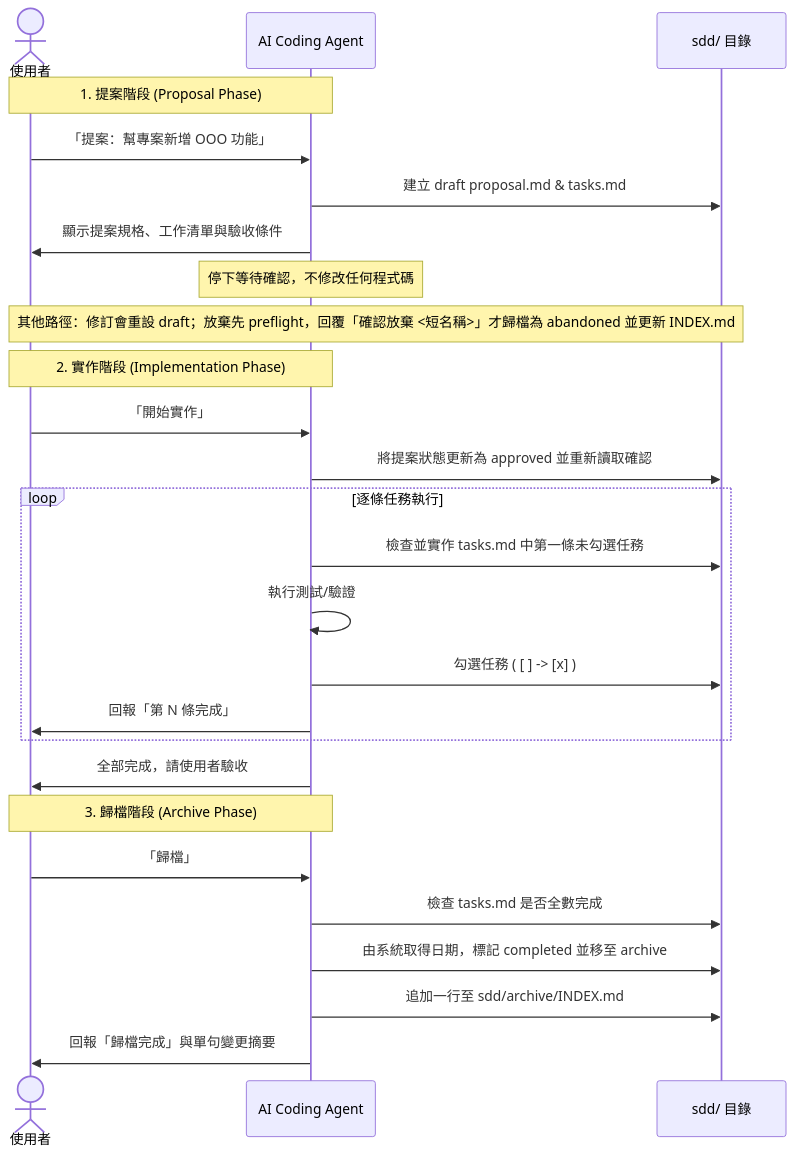
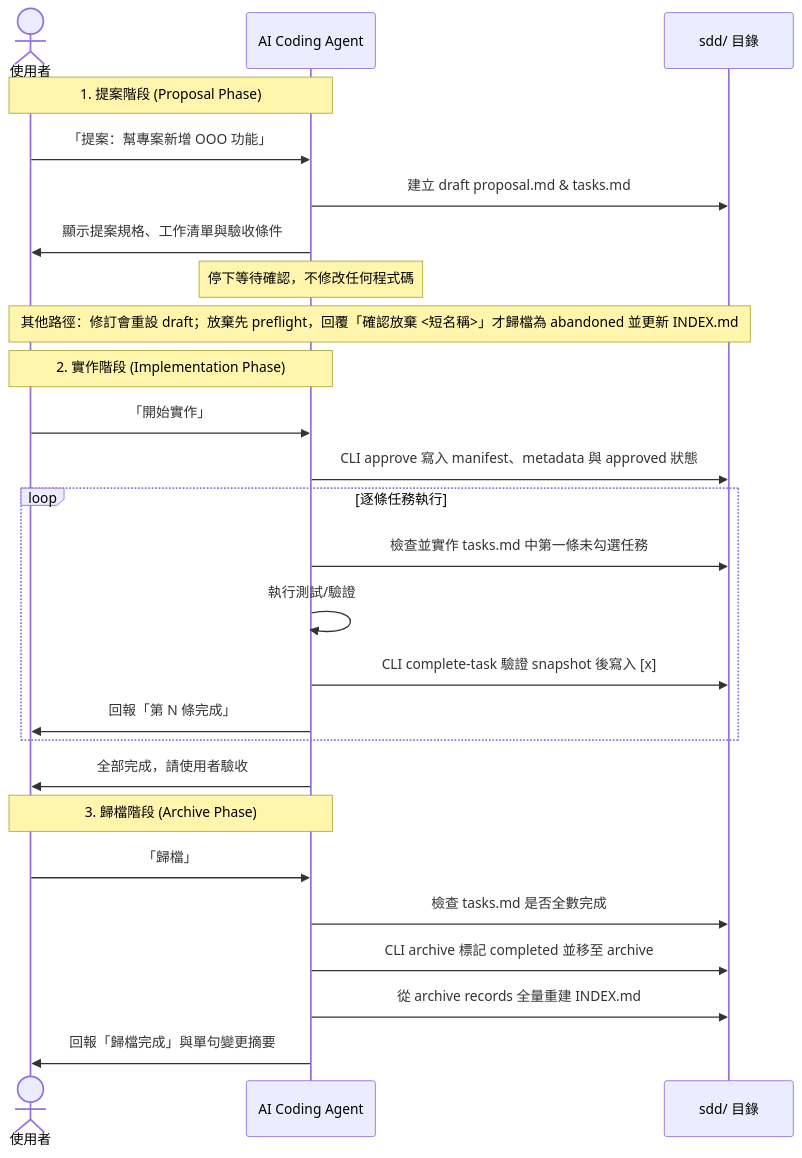
The diagram in README.md (kurotanshi/sdd-workflow), drawn with Mermaid before and after one commit. The commit also changed other lines of this file and 128 other files, not shown here.

````diff
--- a/README.md
+++ b/README.md
@@ -22,31 +34,31 @@
 ```mermaid
 sequenceDiagram
     actor User as 使用者
     participant Agent as AI Coding Agent
     participant Files as sdd/ 目錄
 
     Note over User, Agent: 1. 提案階段 (Proposal Phase)
     User->>Agent: 「提案：幫專案新增 OOO 功能」
     Agent->>Files: 建立 draft proposal.md & tasks.md
     Agent->>User: 顯示提案規格、工作清單與驗收條件
     Note over Agent: 停下等待確認，不修改任何程式碼
     Note over User, Files: 其他路徑：修訂會重設 draft；放棄先 preflight，回覆「確認放棄 <短名稱>」才歸檔為 abandoned 並更新 INDEX.md
 
     Note over User, Agent: 2. 實作階段 (Implementation Phase)
     User->>Agent: 「開始實作」
-    Agent->>Files: 將提案狀態更新為 approved 並重新讀取確認
+    Agent->>Files: CLI approve 寫入 manifest、metadata 與 approved 狀態
     loop 逐條任務執行
         Agent->>Files: 檢查並實作 tasks.md 中第一條未勾選任務
         Agent->>Agent: 執行測試/驗證
-        Agent->>Files: 勾選任務 ( [ ] -> [x] )
+        Agent->>Files: CLI complete-task 驗證 snapshot 後寫入 [x]
         Agent->>User: 回報「第 N 條完成」
     end
     Agent->>User: 全部完成，請使用者驗收
 
     Note over User, Agent: 3. 歸檔階段 (Archive Phase)
     User->>Agent: 「歸檔」
     Agent->>Files: 檢查 tasks.md 是否全數完成
-    Agent->>Files: 由系統取得日期，標記 completed 並移至 archive
-    Agent->>Files: 追加一行至 sdd/archive/INDEX.md
+    Agent->>Files: CLI archive 標記 completed 並移至 archive
+    Agent->>Files: 從 archive records 全量重建 INDEX.md
     Agent->>User: 回報「歸檔完成」與單句變更摘要
 ```
````
